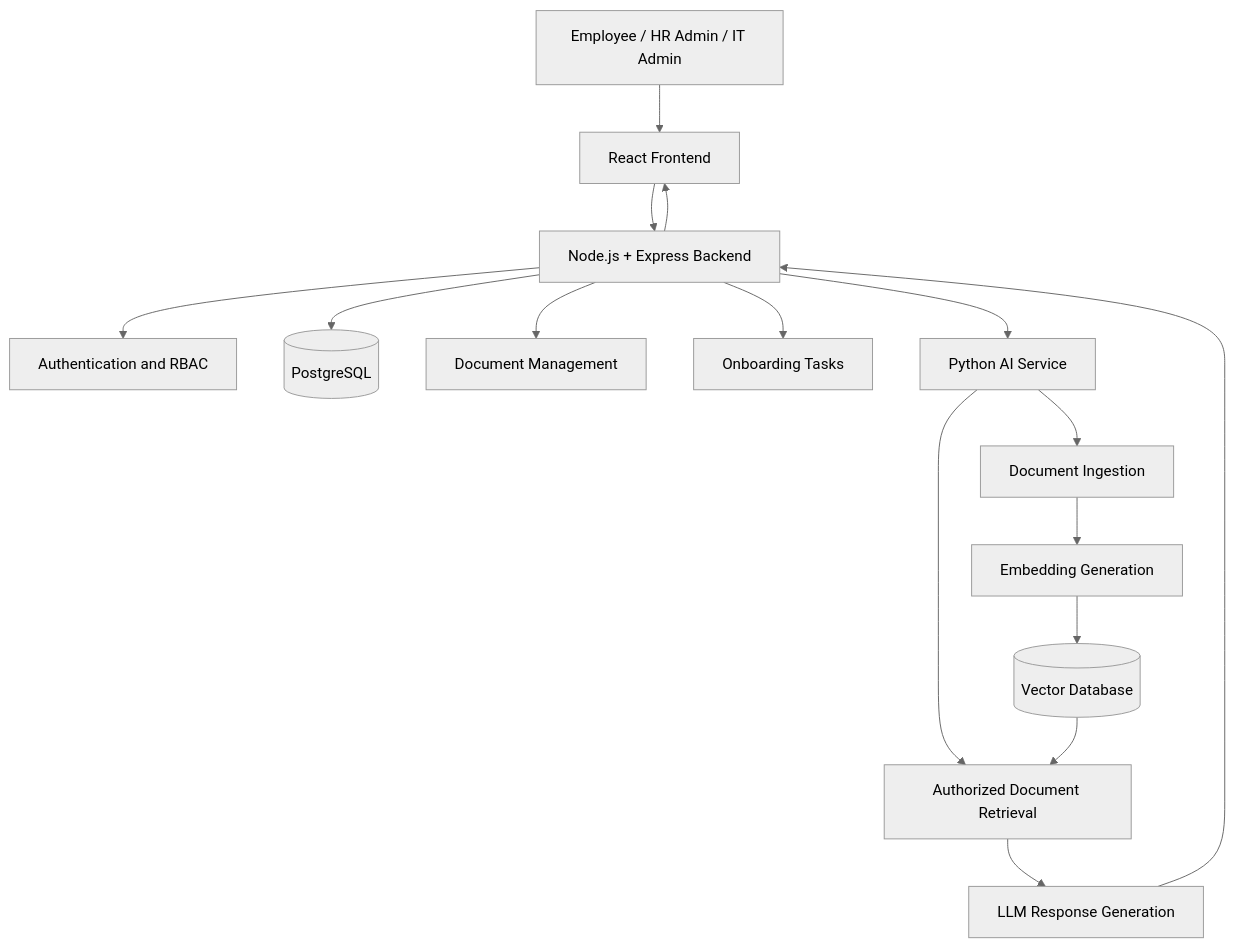
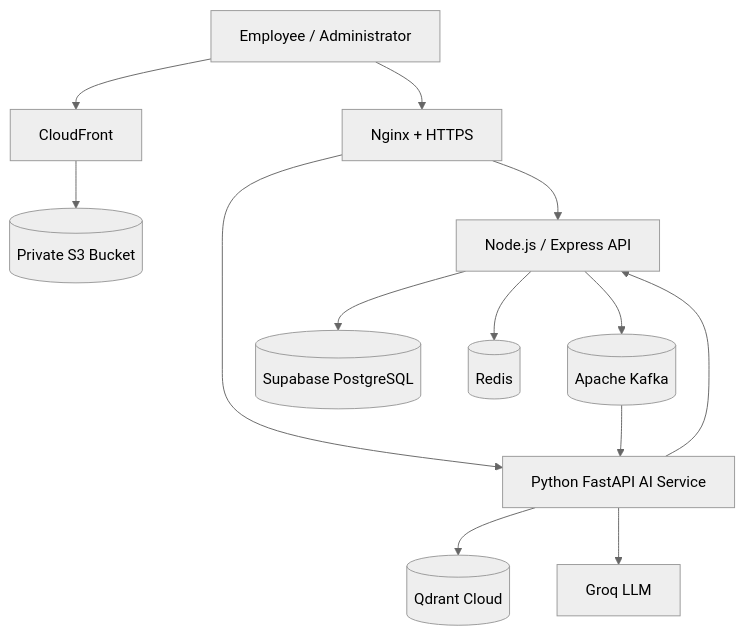
Before and after one commit to Fahadbhati182/OnBoardIQ: the first of 3 diagrams in README.md, drawn with Mermaid (neutral theme). The commit also changed other lines of this file, not shown here.

Commit message:
docs: rewrite README with architecture and deployment guide

````diff
--- a/README.md
+++ b/README.md
@@ -181,25 +138,27 @@
 ```mermaid
-flowchart TD
-    U[Employee / HR Admin / IT Admin]
+flowchart TB
+    EMP[Employee / Administrator]
+    CF[CloudFront]
+    S3[(Private S3 Bucket)]
+    NGINX[Nginx + HTTPS]
+    API[Node.js / Express API]
+    AI[Python FastAPI AI Service]
+    KAFKA[(Apache Kafka)]
+    PG[(Supabase PostgreSQL)]
+    REDIS[(Redis)]
+    QDRANT[(Qdrant Cloud)]
+    LLM[Groq LLM]
 
-    U --> C[React Frontend]
-
-    C --> B[Node.js + Express Backend]
-
-    B --> AUTH[Authentication and RBAC]
-    B --> DB[(PostgreSQL)]
-    B --> DOC[Document Management]
-    B --> TASK[Onboarding Tasks]
-    B --> AI[Python AI Service]
-
-    AI --> ING[Document Ingestion]
-    ING --> EMB[Embedding Generation]
-    EMB --> VDB[(Vector Database)]
-
-    AI --> RET[Authorized Document Retrieval]
-    VDB --> RET
-    RET --> LLM[LLM Response Generation]
-
-    LLM --> B
-    B --> C
+    EMP --> CF
+    CF --> S3
+    EMP --> NGINX
+    NGINX --> API
+    NGINX --> AI
+    API --> PG
+    API --> REDIS
+    API --> KAFKA
+    KAFKA --> AI
+    AI --> API
+    AI --> QDRANT
+    AI --> LLM
 ```
````
